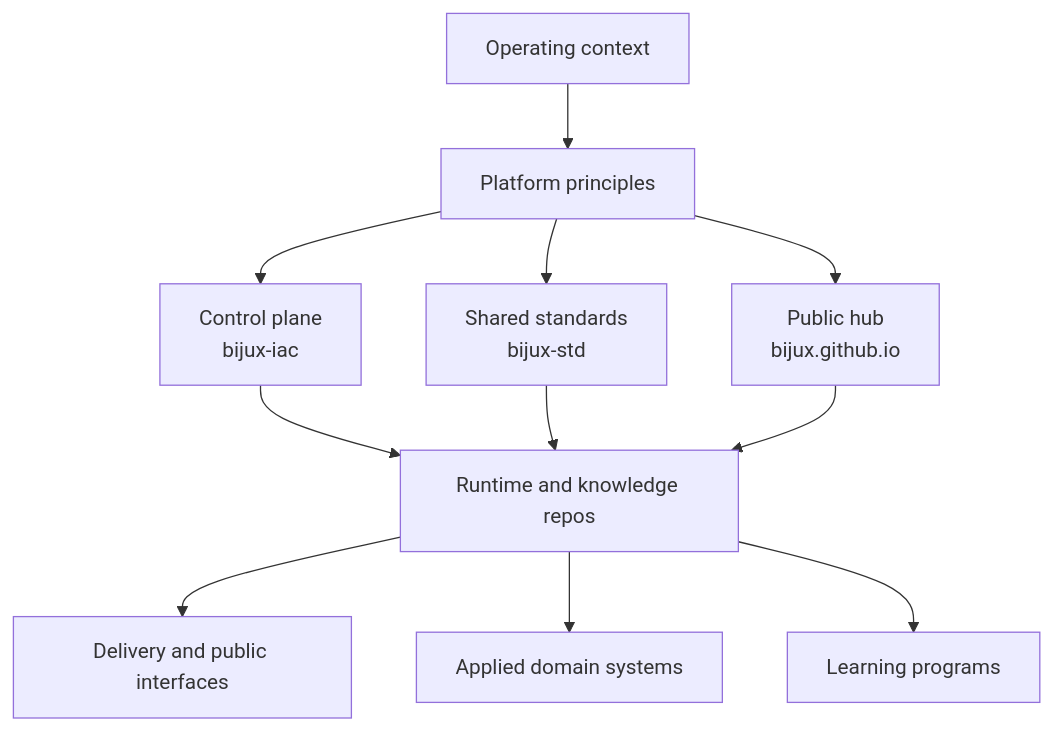
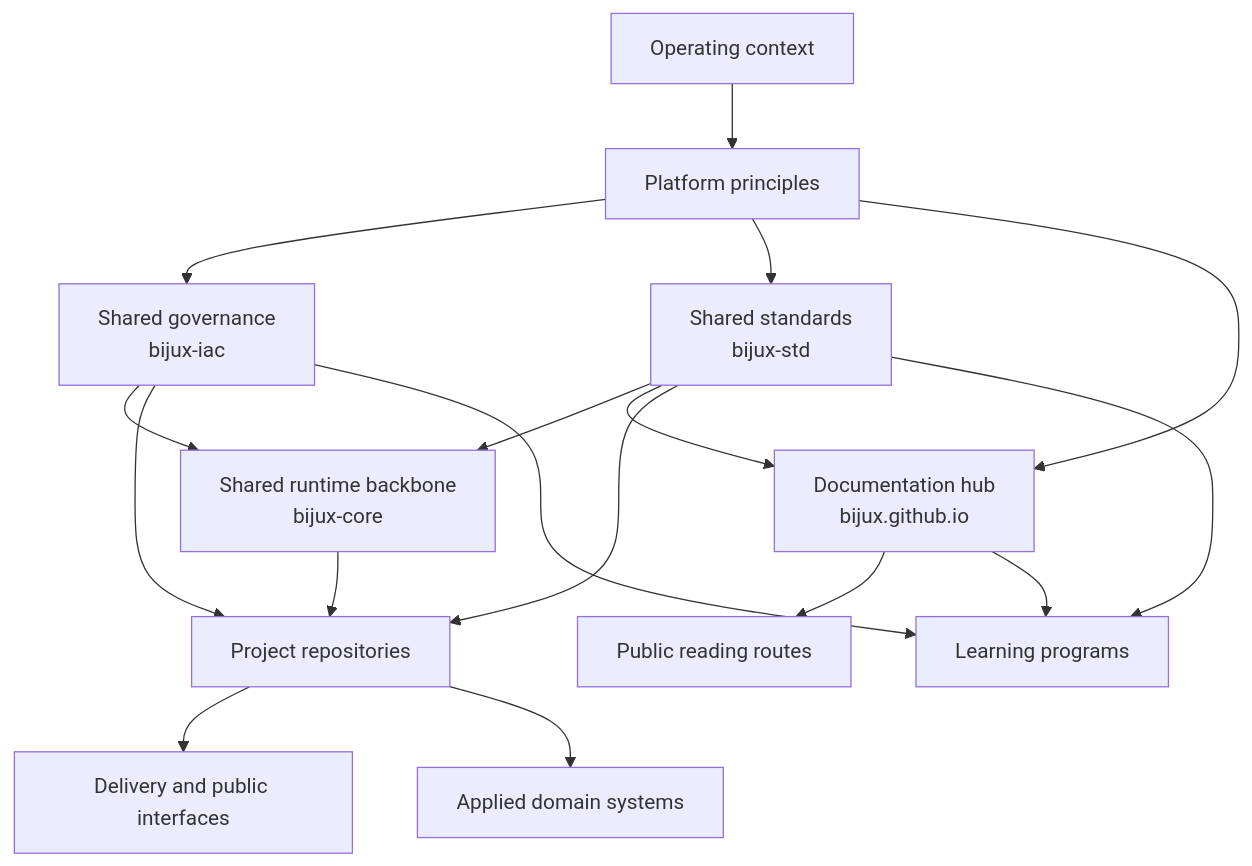
One commit to bijux/bijux.github.io changed the diagram in docs/01-platform/index.md. Above: the diagram before and after it, drawn with Mermaid. The commit also changed other lines of this file, not shown here.

Commit message:
docs(platform): correct shared-layer overview

````diff
--- a/docs/01-platform/index.md
+++ b/docs/01-platform/index.md
@@ -26,15 +27,22 @@
 ```mermaid
 graph TD
     context["Operating context"] --> principles["Platform principles"]
-    principles --> control["Control plane<br/>bijux-iac"]
+    principles --> control["Shared governance<br/>bijux-iac"]
     principles --> standards["Shared standards<br/>bijux-std"]
-    principles --> hub["Public hub<br/>bijux.github.io"]
+    principles --> hub["Documentation hub<br/>bijux.github.io"]
 
-    control --> runtime["Runtime and knowledge repos"]
-    standards --> runtime
-    hub --> runtime
+    control --> core["Shared runtime backbone<br/>bijux-core"]
+    standards --> core
+    standards --> hub
+    hub --> readers["Public reading routes"]
 
-    runtime --> delivery["Delivery and public interfaces"]
-    runtime --> domains["Applied domain systems"]
-    runtime --> learning["Learning programs"]
+    core --> projects["Project repositories"]
+    control --> projects
+    standards --> projects
+
+    projects --> delivery["Delivery and public interfaces"]
+    projects --> domains["Applied domain systems"]
+    standards --> learning["Learning programs"]
+    control --> learning
+    hub --> learning
 ```
````
